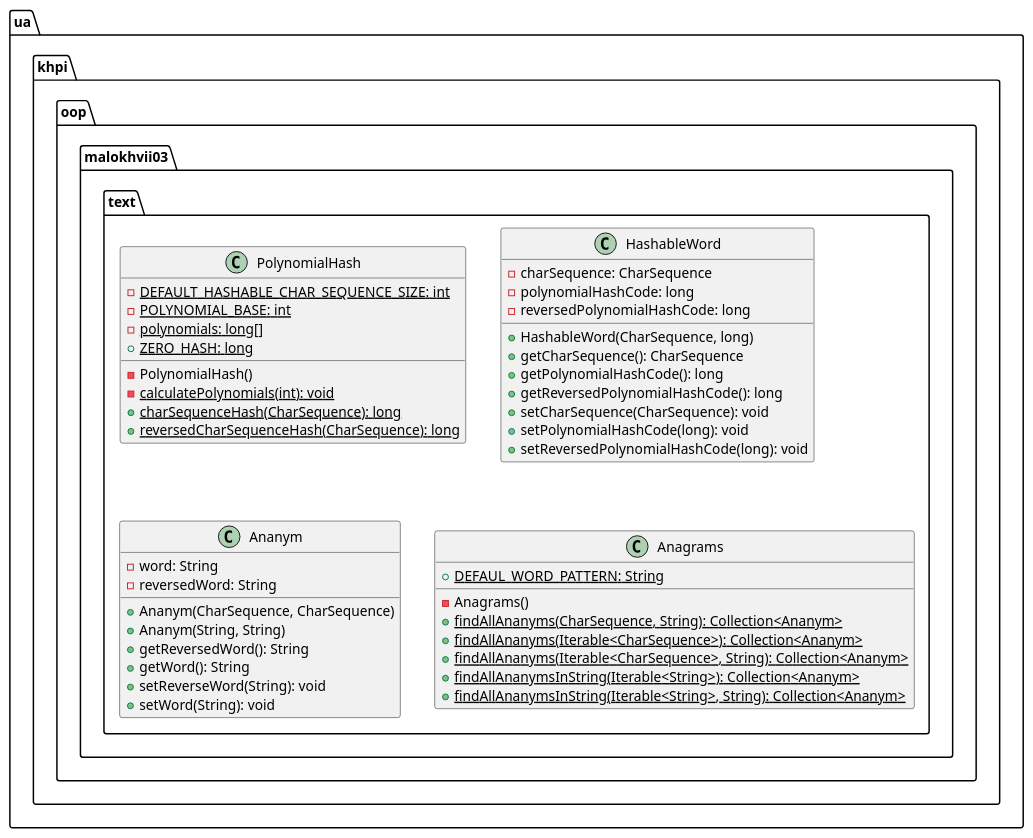
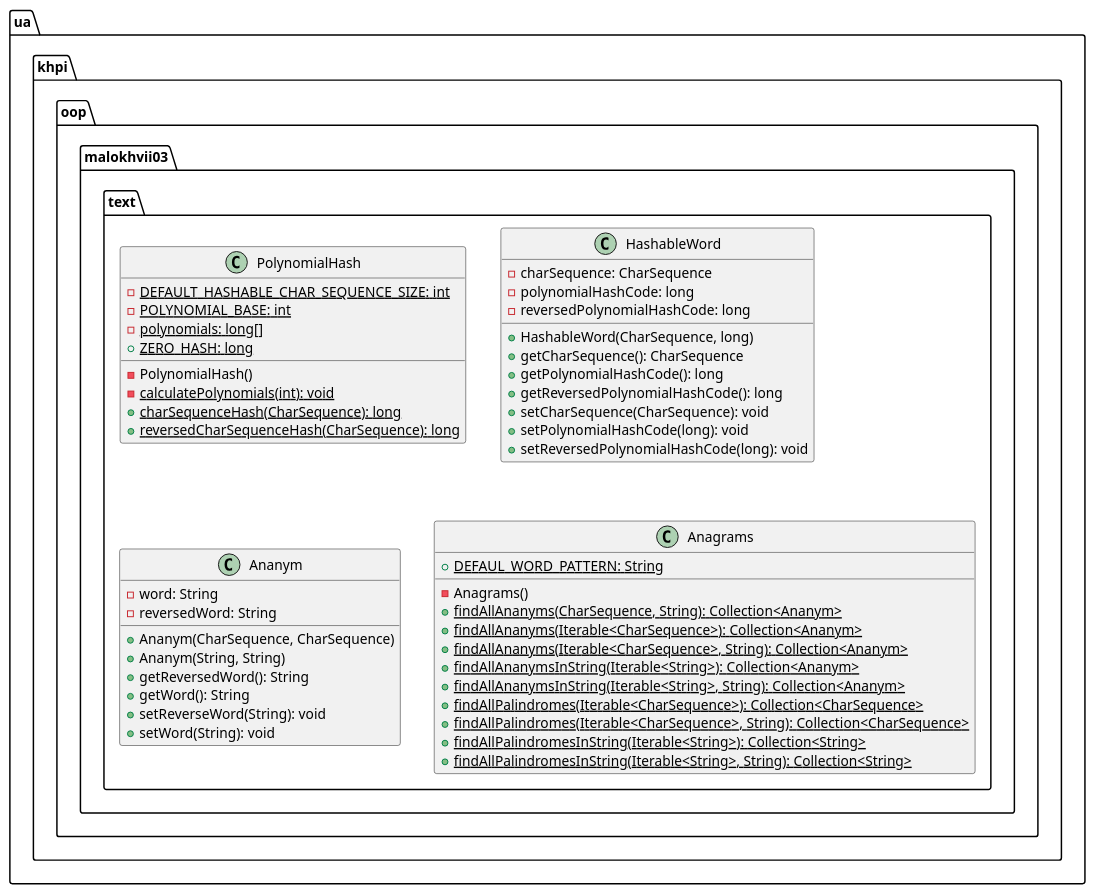
One commit to P-Kalin/kit26a changed the diagram in malokhvii-eduard/malokhvii03/doc/plantuml/ua/khpi/oop/malokhvii03/text/package.puml. Above: the diagram before and after it, drawn with PlantUML. The commit also changed 3 other files, not shown here.

Commit message:
#3 malokhvii03: update graphs

```diff
--- a/malokhvii-eduard/malokhvii03/doc/plantuml/ua/khpi/oop/malokhvii03/text/package.puml
+++ b/malokhvii-eduard/malokhvii03/doc/plantuml/ua/khpi/oop/malokhvii03/text/package.puml
@@ -1,52 +1,56 @@
 @startuml
 
     namespace ua.khpi.oop.malokhvii03.text {
 
         class PolynomialHash {
             {static} -DEFAULT_HASHABLE_CHAR_SEQUENCE_SIZE: int
             {static} -POLYNOMIAL_BASE: int
             {static} -polynomials: long[]
             {static} +ZERO_HASH: long
             -PolynomialHash()
             {static} -calculatePolynomials(int): void
             {static} +charSequenceHash(CharSequence): long
             {static} +reversedCharSequenceHash(CharSequence): long
         }
 
         class HashableWord {
             -charSequence: CharSequence
             -polynomialHashCode: long
             -reversedPolynomialHashCode: long
             +HashableWord(CharSequence, long)
             +getCharSequence(): CharSequence
             +getPolynomialHashCode(): long
             +getReversedPolynomialHashCode(): long
             +setCharSequence(CharSequence): void
             +setPolynomialHashCode(long): void
             +setReversedPolynomialHashCode(long): void
         }
 
         class Ananym {
             -word: String
             -reversedWord: String
             +Ananym(CharSequence, CharSequence)
             +Ananym(String, String)
             +getReversedWord(): String
             +getWord(): String
             +setReverseWord(String): void
             +setWord(String): void
         }
 
         class Anagrams {
             {static} +DEFAUL_WORD_PATTERN: String
             -Anagrams()
             {static} +findAllAnanyms(CharSequence, String): Collection<Ananym>
             {static} +findAllAnanyms(Iterable<CharSequence>): Collection<Ananym>
             {static} +findAllAnanyms(Iterable<CharSequence>, String): Collection<Ananym>
             {static} +findAllAnanymsInString(Iterable<String>): Collection<Ananym>
             {static} +findAllAnanymsInString(Iterable<String>, String): Collection<Ananym>
+            {static} +findAllPalindromes(Iterable<CharSequence>): Collection<CharSequence>
+            {static} +findAllPalindromes(Iterable<CharSequence>, String): Collection<CharSequence>
+            {static} +findAllPalindromesInString(Iterable<String>): Collection<String>
+            {static} +findAllPalindromesInString(Iterable<String>, String): Collection<String>
         }
 
     }
 
 @enduml
```
